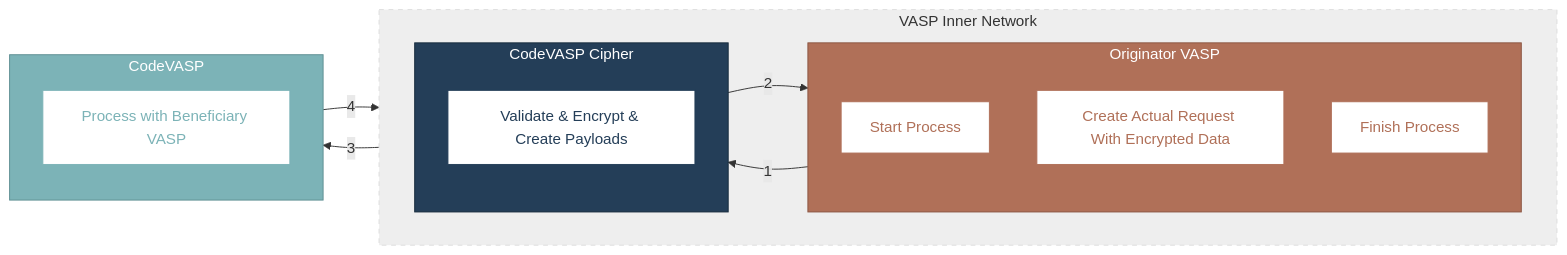
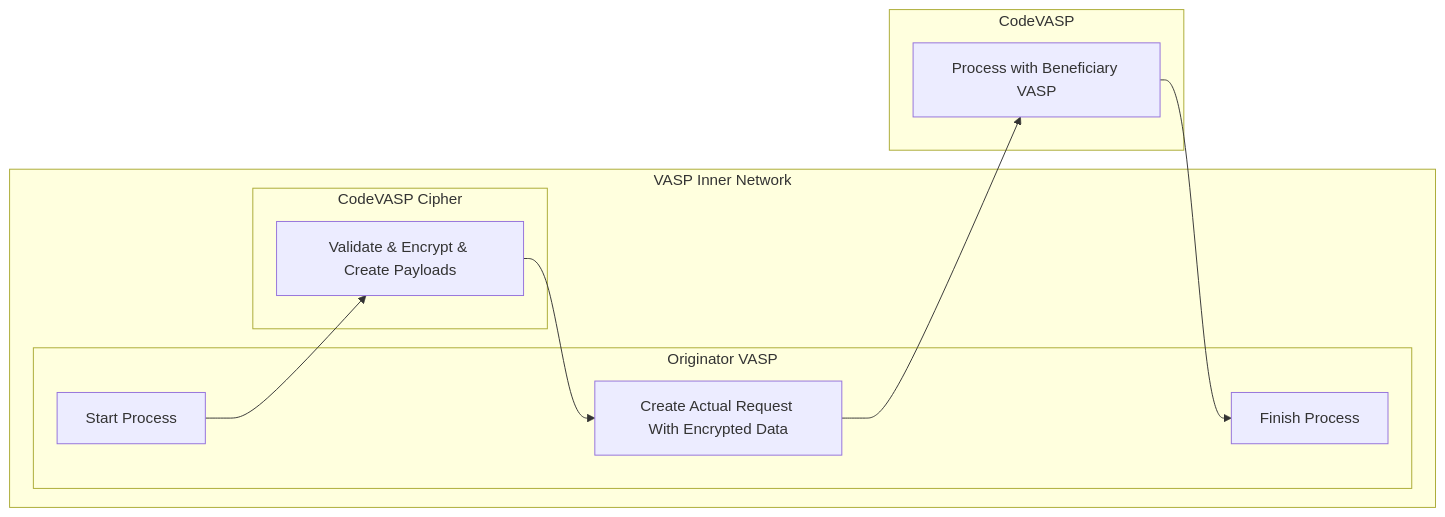
Before and after one commit to codevasp-lab/codevasp-skill: the fourth of 4 diagrams in skills/codevasp-core/references/guides/1_General/03_FAQ.md, drawn with Mermaid. The commit also changed 15 other files, not shown here.

Commit message:
Normalize quotation styles and improve flowchart formatting across documentation files for consistency.

````diff
--- a/skills/codevasp-core/references/guides/1_General/03_FAQ.md
+++ b/skills/codevasp-core/references/guides/1_General/03_FAQ.md
@@ -337,41 +337,35 @@
 ```mermaid
-flowchart LR
-    subgraph VASP_Inner_Network ["VASP Inner Network"]
-        direction LR
-        
-        subgraph Originator_VASP ["Originator VASP"]
-            direction TB
-            Start["Start Process"]
-            Request["Create Actual Request With Encrypted Data"]
-            Finish["Finish Process"]
+graph LR
+%% Defining the VASP Inner Network Boundary
+    subgraph VASP_Inner_Network [VASP Inner Network]
+
+        subgraph Originator_VASP [Originator VASP]
+            A1["Start Process"]
+            A2["Create Actual Request With Encrypted Data"]
+            A3["Finish Process"]
         end
 
-        subgraph CodeVASP_Cipher ["CodeVASP Cipher"]
-            direction TB
-            Cipher["Validate & Encrypt & Create Payloads"]
+        subgraph CodeVASP_Cipher [CodeVASP Cipher]
+            B1["Validate & Encrypt & Create Payloads"]
         end
+
     end
 
-    subgraph CodeVASP_External ["CodeVASP"]
-        direction TB
-        Beneficiary["Process with Beneficiary VASP"]
+%% External System
+    subgraph CodeVASP_External [CodeVASP]
+        C1["Process with Beneficiary VASP"]
     end
 
-    %% Flow of Operations
-    Start -->|1| Cipher  
-    Cipher -->|2| Request  
-    Request -->|3| Beneficiary  
-    Beneficiary -->|4| Finish  
+%% Internal Data Flow
+    A1 --> B1
+    B1 --> A2
 
-    %% Visual Styling
-    style VASP_Inner_Network fill:#EEEEEE,stroke:#DDD,stroke-dasharray: 5 5
-    style Originator_VASP fill:#B07058,color:#FFF,stroke:#8A5441
-    style CodeVASP_Cipher fill:#243E58,color:#FFF,stroke:#162A3C
-    style CodeVASP_External fill:#7CB3B7,color:#FFF,stroke:#5E8E92
-    
-    style Start fill:#FFF,color:#B07058,stroke:#B07058
-    style Request fill:#FFF,color:#B07058,stroke:#B07058
-    style Finish fill:#FFF,color:#B07058,stroke:#B07058
-    style Cipher fill:#FFF,color:#243E58,stroke:#243E58
-    style Beneficiary fill:#FFF,color:#7CB3B7,stroke:#7CB3B7
+%% Cross-Network Data Flow
+    A2 --> C1
+    C1 --> A3
+
+%% Text Mapping and Logic Comments
+%% Node B1: Acts as a security middleware within the inner network.
+%% Node C1: Represents the handoff to the external beneficiary service.
+%% Final step A3: The flow returns to the Originator VASP to conclude.
 ```
````
